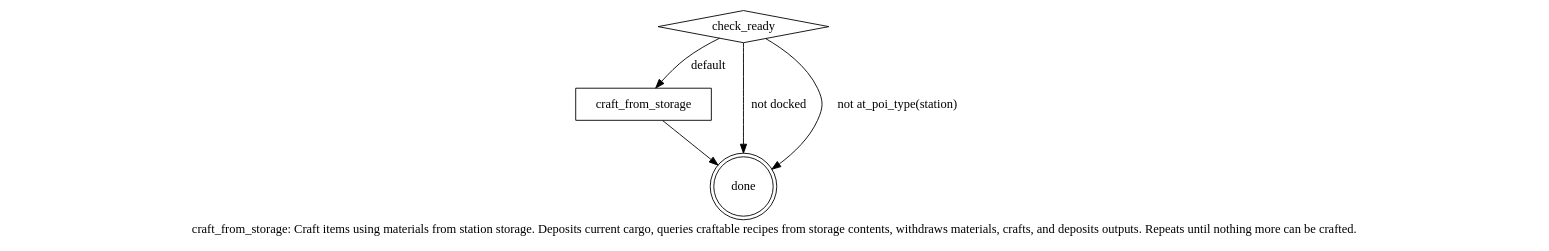
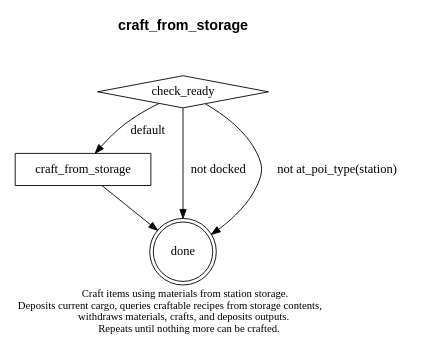
The diagram in data/skills/craft_from_storage.dot (rsned/spacemolt), drawn with Graphviz before and after one commit. The commit also changed 15 other files, not shown here.

```diff
--- a/data/skills/craft_from_storage.dot
+++ b/data/skills/craft_from_storage.dot
@@ -1,13 +1,23 @@
 digraph craft_from_storage {
-  label="craft_from_storage: Craft items using materials from station storage. Deposits current cargo, queries craftable recipes from storage contents, withdraws materials, crafts, and deposits outputs. Repeats until nothing more can be crafted.\n"
+  label=<
+Craft items using materials from station storage.<br/>
+Deposits current cargo, queries craftable recipes from storage contents,<br/>
+withdraws materials, crafts, and deposits outputs.<br/>
+Repeats until nothing more can be crafted.
+>
+  labelloc=b
+  fontsize=12
   rankdir=TB
+
+  title [shape=none margin=0 fontsize=16 fontname="Helvetica-Bold" label="craft_from_storage"]
+  title -> check_ready [style=invis]
 
   check_ready [shape=diamond label="check_ready"]
   craft [shape=box label="craft_from_storage"]
   done [shape=doublecircle label="done"]
 
   check_ready -> done [label="not docked"]
   check_ready -> done [label="not at_poi_type(station)"]
   check_ready -> craft [label="default"]
   craft -> done
 }
```
